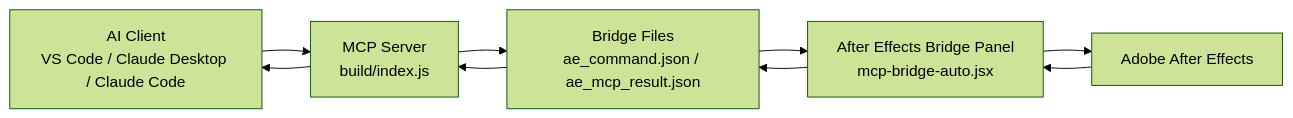
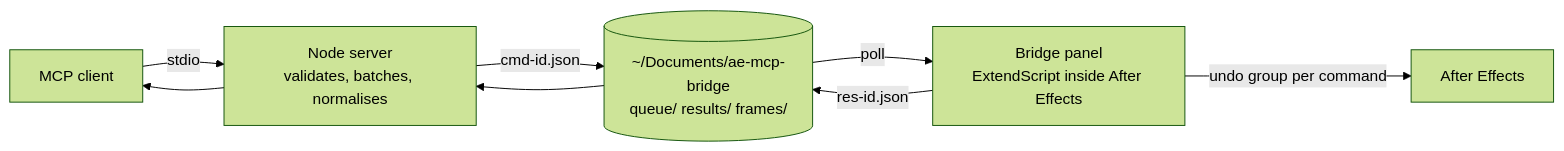
Before and after one commit to irfanabdulhameed/aftereffects-mcp: the diagram in README.md, drawn with Mermaid (forest theme). The commit also changed other lines of this file and 19 other files, not shown here.

Commit message:
docs: rewrite README, add architecture, tools reference, troubleshooting, contributing

````diff
--- a/README.md
+++ b/README.md
@@ -166,11 +104,9 @@
 ```mermaid
 flowchart LR
-    A[AI Client<br/>VS Code / Claude Desktop / Claude Code] --> B[MCP Server<br/>build/index.js]
-    B --> C[Bridge Files<br/>ae_command.json / ae_mcp_result.json]
-    C --> D[After Effects Bridge Panel<br/>mcp-bridge-auto.jsx]
-    D --> E[Adobe After Effects]
-    E --> D
-    D --> C
-    C --> B
-    B --> A
+    A[MCP client] -- stdio --> B[Node server<br/>validates, batches, normalises]
+    B -- cmd-id.json --> Q[(~/Documents/ae-mcp-bridge<br/>queue/ results/ frames/)]
+    Q -- poll --> P[Bridge panel<br/>ExtendScript inside After Effects]
+    P -- undo group per command --> AE[After Effects]
+    P -- res-id.json --> Q
+    Q --> B --> A
 ```
````
